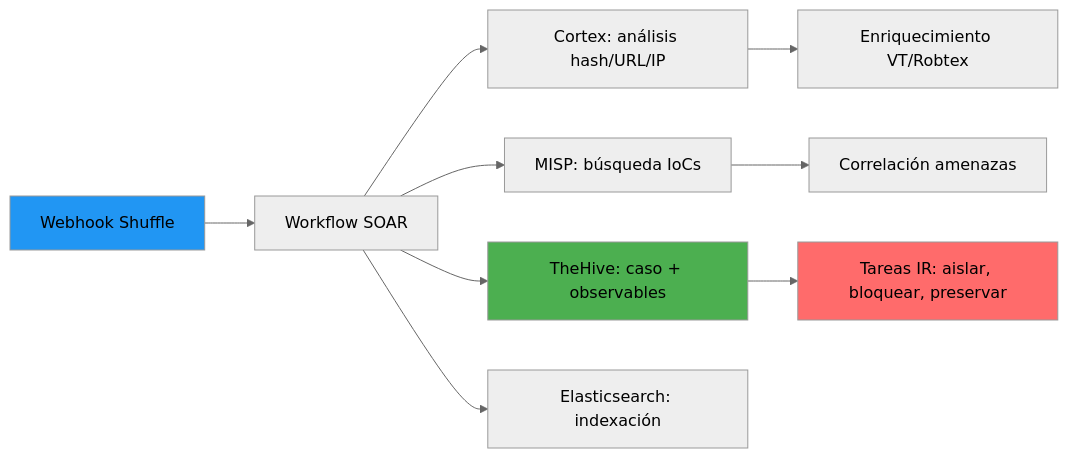
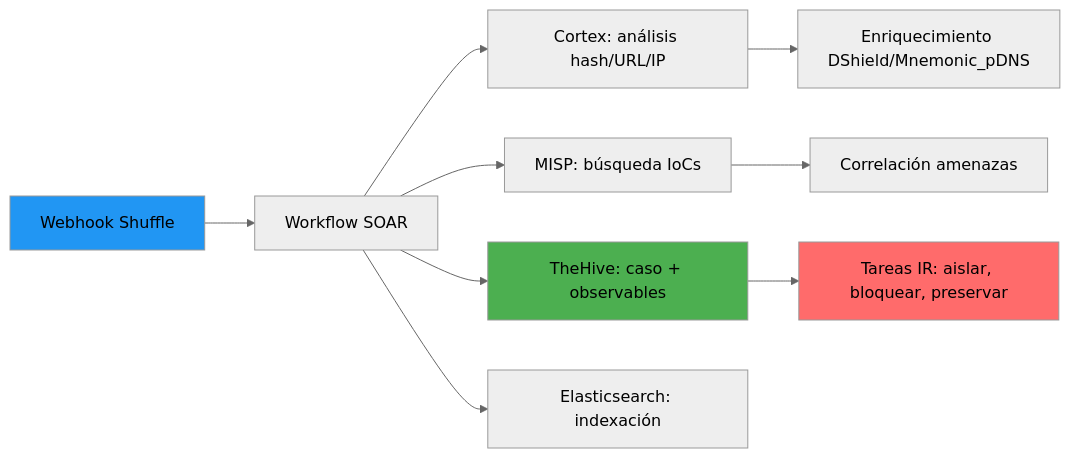
Before and after one commit to alesanfe/soar-ransomware-lab: the sixth of 6 diagrams in docs/04-operations.md, drawn with Mermaid (neutral theme). The commit also changed other lines of this file and 1 other file, not shown here.

````diff
--- a/docs/04-operations.md
+++ b/docs/04-operations.md
@@ -4811,14 +4810,14 @@
 ```mermaid
 graph LR
  A[Webhook Shuffle] --> B[Workflow SOAR]
  B --> C[Cortex: análisis hash/URL/IP]
  B --> D[MISP: búsqueda IoCs]
  B --> E[TheHive: caso + observables]
  B --> F[Elasticsearch: indexación]
- C --> G[Enriquecimiento VT/Robtex]
+ C --> G[Enriquecimiento DShield/Mnemonic_pDNS]
  D --> H[Correlación amenazas]
  E --> I[Tareas IR: aislar, bloquear, preservar]
  style A fill:#2196F3
  style E fill:#4CAF50
  style I fill:#ff6b6b
 ```
````
